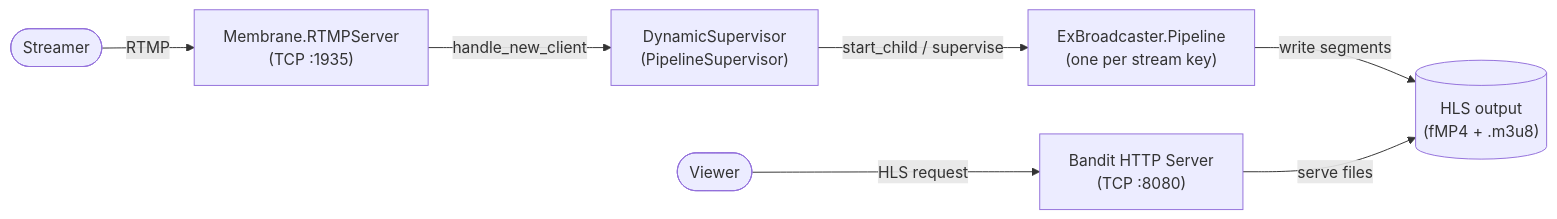
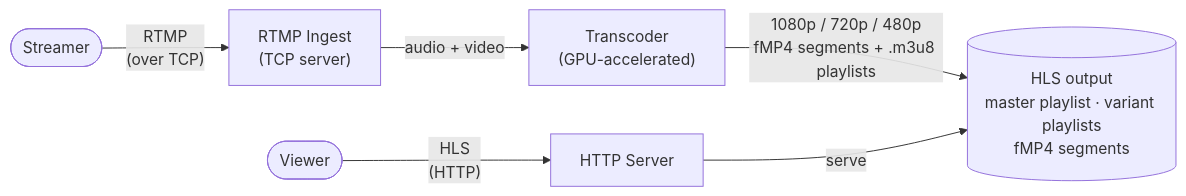
The first of 2 diagrams in tutorial/1_building_multimedia_application_in_elixir.md (membraneframework-labs/ex_broadcaster), drawn with Mermaid before and after one commit. The commit also changed other lines of this file, not shown here.

Commit message:
Improve system architecture section

````diff
--- a/tutorial/1_building_multimedia_application_in_elixir.md
+++ b/tutorial/1_building_multimedia_application_in_elixir.md
@@ -46,17 +43,15 @@
 ```mermaid
 graph LR
     Streamer([Streamer])
-    RTMPServer["Membrane.RTMPServer\n(TCP :1935)"]
-    DynSup["DynamicSupervisor\n(PipelineSupervisor)"]
-    Pipeline["ExBroadcaster.Pipeline\n(one per stream key)"]
-    Disk[("HLS output\n(fMP4 + .m3u8)")]
-    HTTP["Bandit HTTP Server\n(TCP :8080)"]
+    Ingest["RTMP Ingest\n(TCP server)"]
+    Transcode["Transcoder\n(GPU-accelerated)"]
+    Segments[("HLS output\nmaster playlist · variant playlists\nfMP4 segments")]
+    HTTP["HTTP Server"]
     Viewer([Viewer])
 
-    Streamer -- "RTMP" --> RTMPServer
-    RTMPServer -- "handle_new_client" --> DynSup
-    DynSup -- "start_child / supervise" --> Pipeline
-    Pipeline -- "write segments" --> Disk
-    HTTP -- "serve files" --> Disk
-    Viewer -- "HLS request" --> HTTP
+    Streamer -- "RTMP\n(over TCP)" --> Ingest
+    Ingest -- "audio + video" --> Transcode
+    Transcode -- "1080p / 720p / 480p\nfMP4 segments + .m3u8 playlists" --> Segments
+    HTTP -- "serve" --> Segments
+    Viewer -- "HLS\n(HTTP)" --> HTTP
 ```
````
